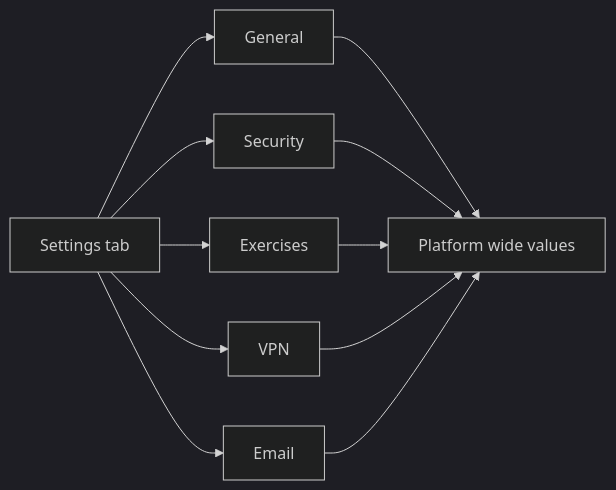
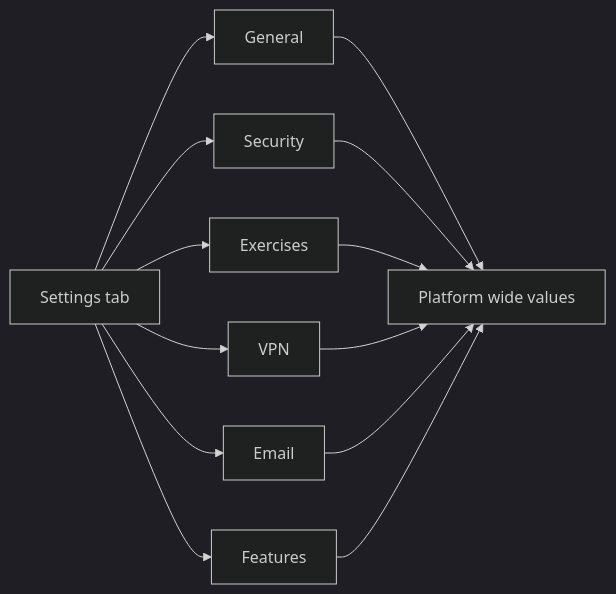
The diagram in Manual-Lite/04_Admin_Guide/20_Platform_Settings.md (RobChaykoski/opencyberrange), drawn with Mermaid (dark theme) before and after one commit. The commit also changed other lines of this file and 61 other files, not shown here.

````diff
--- a/Manual-Lite/04_Admin_Guide/20_Platform_Settings.md
+++ b/Manual-Lite/04_Admin_Guide/20_Platform_Settings.md
@@ -15,13 +15,15 @@
 ```mermaid
 flowchart LR
   S[Settings tab] --> G[General]
   S --> SE[Security]
   S --> L[Exercises]
   S --> V[VPN]
   S --> E[Email]
+  S --> F[Features]
   G --> A[Platform wide values]
   SE --> A
   L --> A
   V --> A
   E --> A
+  F --> A
 ```
````
